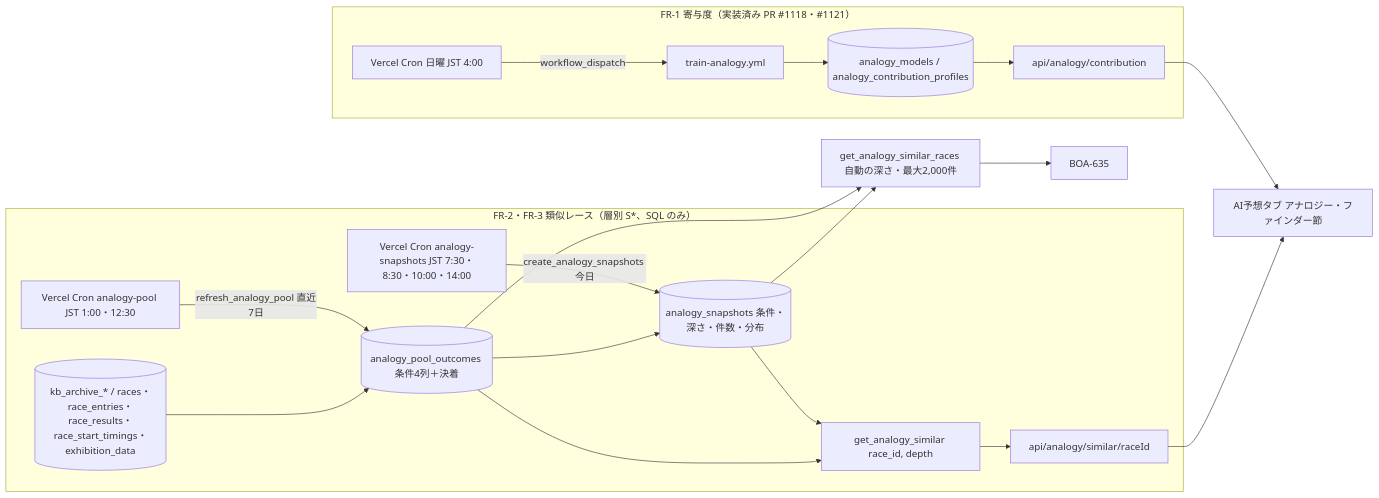
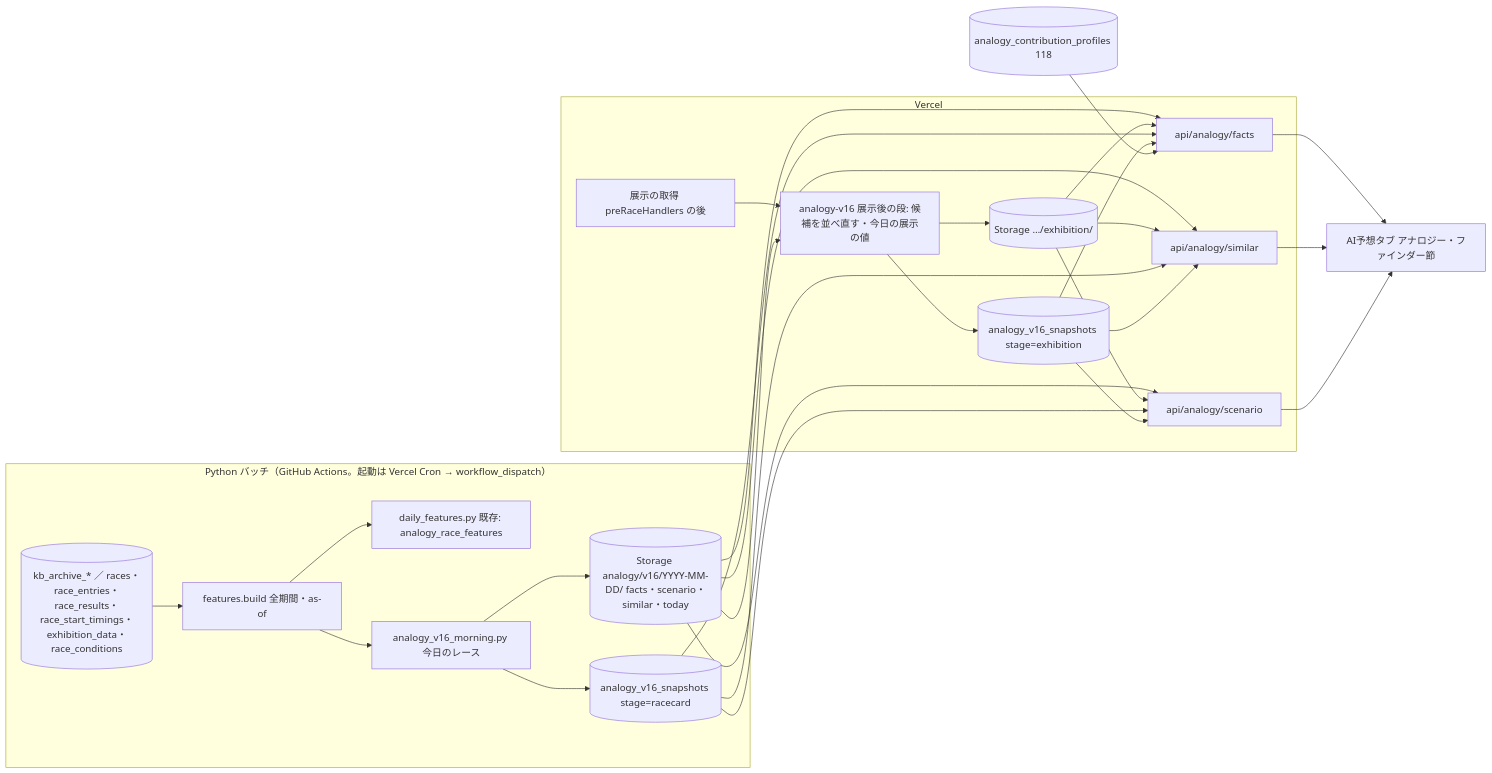
The first of 3 diagrams in docs/design/analogy-finder/plan.md (rhapsody0919/boatrace-ai-predictor), drawn with Mermaid before and after one commit. The commit also changed other lines of this file and 2 other files, not shown here.

Commit message:
docs: BOA-271 plan・tasks をモック Version 16 に合わせて作り直し、ADR-0085 案を足す

````diff
--- a/docs/design/analogy-finder/plan.md
+++ b/docs/design/analogy-finder/plan.md
@@ -11,23 +13,20 @@
 ```mermaid
 flowchart LR
-  subgraph FR1["FR-1 寄与度（実装済み PR #1118・#1121）"]
-    VCW[Vercel Cron 日曜 JST 4:00] -->|workflow_dispatch| GHA[train-analogy.yml]
-    GHA --> W1[(analogy_models / analogy_contribution_profiles)]
-    W1 --> API1[api/analogy/contribution]
+  subgraph Batch["Python バッチ（GitHub Actions。起動は Vercel Cron → workflow_dispatch）"]
+    SRC[(kb_archive_* ／ races・race_entries・race_results・race_start_timings・exhibition_data・race_conditions)] --> FB[features.build 全期間・as-of]
+    FB --> DF[daily_features.py 既存: analogy_race_features]
+    FB --> M[analogy_v16_morning.py 今日のレース]
+    M --> ST1[(Storage analogy/v16/YYYY-MM-DD/ facts・scenario・similar・today)]
+    M --> SN[(analogy_v16_snapshots stage=racecard)]
   end
-  subgraph FR2["FR-2・FR-3 類似レース（層別 S*、SQL のみ）"]
-    SRC[(kb_archive_* / races・race_entries・race_results・race_start_timings・exhibition_data)]
-    VP[Vercel Cron analogy-pool JST 1:00・12:30] -->|refresh_analogy_pool 直近7日| POOL[(analogy_pool_outcomes 条件4列＋決着)]
-    SRC --> POOL
-    VS[Vercel Cron analogy-snapshots JST 7:30・8:30・10:00・14:00] -->|create_analogy_snapshots 今日| SNAP[(analogy_snapshots 条件・深さ・件数・分布)]
-    POOL --> SNAP
-    SNAP --> RPC[get_analogy_similar race_id, depth]
-    POOL --> RPC
-    RPC --> API2[api/analogy/similar/raceId]
+  subgraph Vercel
+    EX[展示の取得 preRaceHandlers の後] --> RR[analogy-v16 展示後の段: 候補を並べ直す・今日の展示の値]
+    ST1 --> RR
+    RR --> ST2[(Storage …/exhibition/)]
+    RR --> SN2[(analogy_v16_snapshots stage=exhibition)]
+    API1[api/analogy/facts] & API2[api/analogy/similar] & API3[api/analogy/scenario]
   end
-  API1 --> UI[AI予想タブ アナロジー・ファインダー節]
-  API2 --> UI
-  POOL --> RPC2[get_analogy_similar_races 自動の深さ・最大2,000件]
-  SNAP --> RPC2
-  RPC2 --> B635[BOA-635]
+  ST1 & ST2 & SN & SN2 --> API1 & API2 & API3
+  PR[(analogy_contribution_profiles 118)] --> API1
+  API1 & API2 & API3 --> UI[AI予想タブ アナロジー・ファインダー節]
 ```
````
